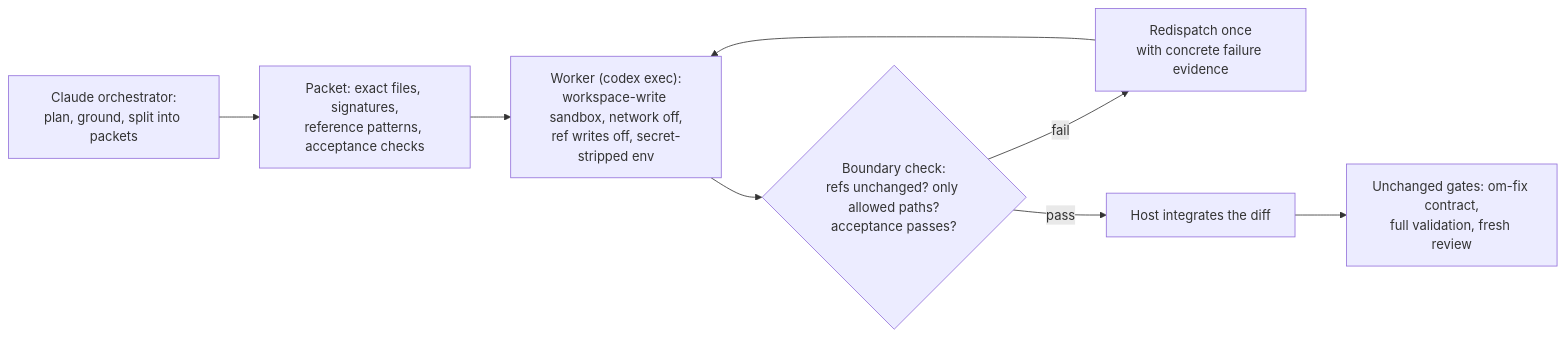
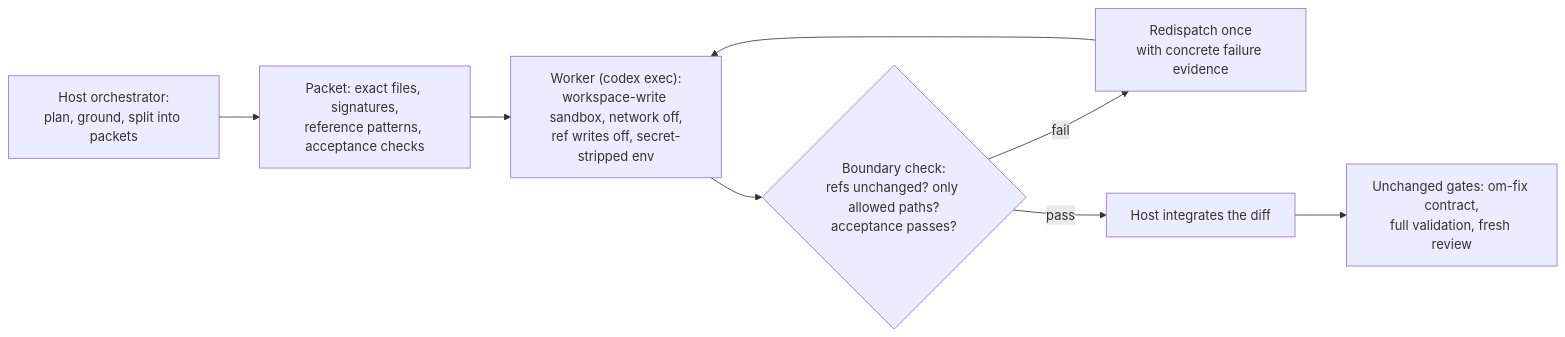
Before and after one commit to open-mercato/skills: the third of 4 diagrams in skills/om-harness/README.md, drawn with Mermaid. The commit also changed other lines of this file and 26 other files, not shown here.

````diff
--- a/skills/om-harness/README.md
+++ b/skills/om-harness/README.md
@@ -133,10 +132,10 @@
 ```mermaid
 flowchart LR
-    O["Claude orchestrator:<br/>plan, ground, split into packets"] --> PK["Packet: exact files, signatures,<br/>reference patterns, acceptance checks"]
+    O["Host orchestrator:<br/>plan, ground, split into packets"] --> PK["Packet: exact files, signatures,<br/>reference patterns, acceptance checks"]
     PK --> WK["Worker (codex exec):<br/>workspace-write sandbox, network off,<br/>ref writes off, secret-stripped env"]
     WK --> B{"Boundary check:<br/>refs unchanged? only allowed paths?<br/>acceptance passes?"}
     B -- fail --> RD["Redispatch once<br/>with concrete failure evidence"]
     RD --> WK
     B -- pass --> IN["Host integrates the diff"]
     IN --> G["Unchanged gates: om-fix contract,<br/>full validation, fresh review"]
 ```
````
